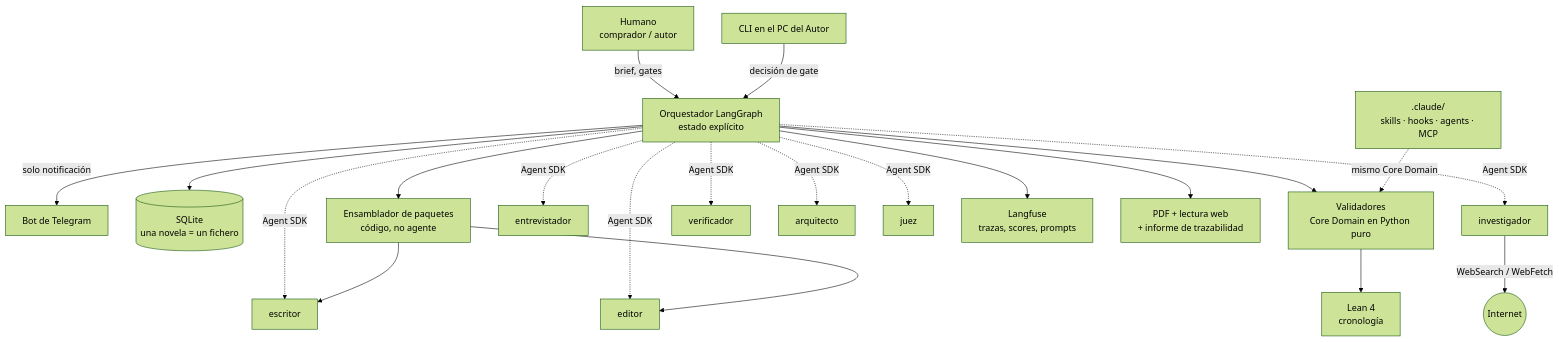
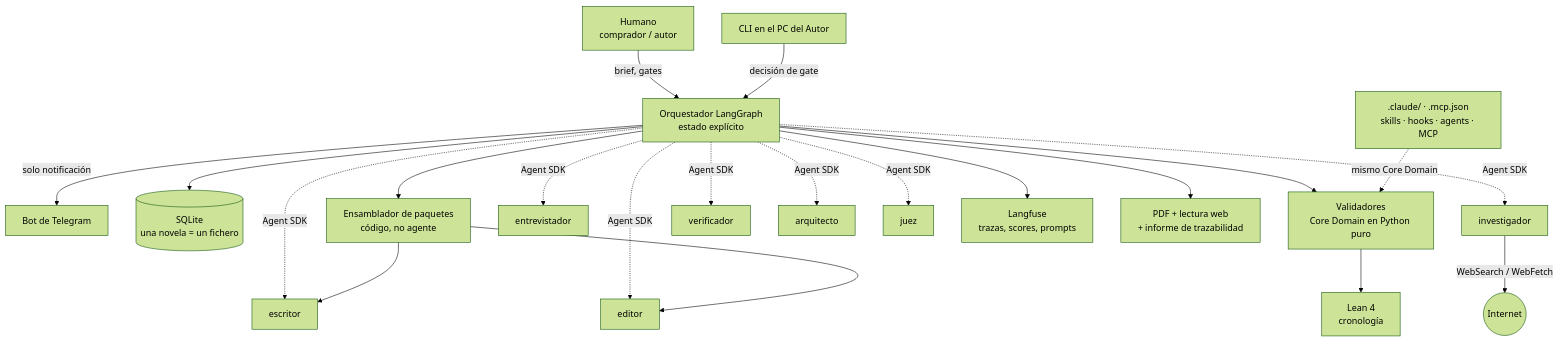
The first of 2 diagrams in docs/architecture.md (alberqq/StoryMaker), drawn with Mermaid (forest theme) before and after one commit. The commit also changed other lines of this file and 178 other files, not shown here.

````diff
--- a/docs/architecture.md
+++ b/docs/architecture.md
@@ -60,27 +60,27 @@
 ```mermaid
 graph TD
     H["Humano<br/>comprador / autor"] -->|brief, gates| ORQ
     ORQ -->|solo notificación| TG["Bot de Telegram"]
     CLI["CLI en el PC del Autor"] -->|decisión de gate| ORQ
     ORQ["Orquestador LangGraph<br/>estado explícito"] --> DB[("SQLite<br/>una novela = un fichero")]
     ORQ --> PK["Ensamblador de paquetes<br/>código, no agente"]
     ORQ --> VAL["Validadores<br/>Core Domain en Python puro"]
     VAL --> LEAN["Lean 4<br/>cronología"]
 
     ORQ -. "Agent SDK" .-> A1["entrevistador"]
     ORQ -. "Agent SDK" .-> A2["investigador"]
     ORQ -. "Agent SDK" .-> A2B["verificador"]
     ORQ -. "Agent SDK" .-> A3["arquitecto"]
     ORQ -. "Agent SDK" .-> A4["escritor"]
     ORQ -. "Agent SDK" .-> A5["editor"]
     ORQ -. "Agent SDK" .-> A6["juez"]
 
     PK --> A4
     PK --> A5
     A2 -->|WebSearch / WebFetch| NET(("Internet"))
 
     ORQ --> LF["Langfuse<br/>trazas, scores, prompts"]
     ORQ --> OUT["PDF + lectura web<br/>+ informe de trazabilidad"]
 
-    CC[".claude/<br/>skills · hooks · agents · MCP"] -. "mismo Core Domain" .-> VAL
+    CC[".claude/ · .mcp.json<br/>skills · hooks · agents · MCP"] -. "mismo Core Domain" .-> VAL
 ```
````
